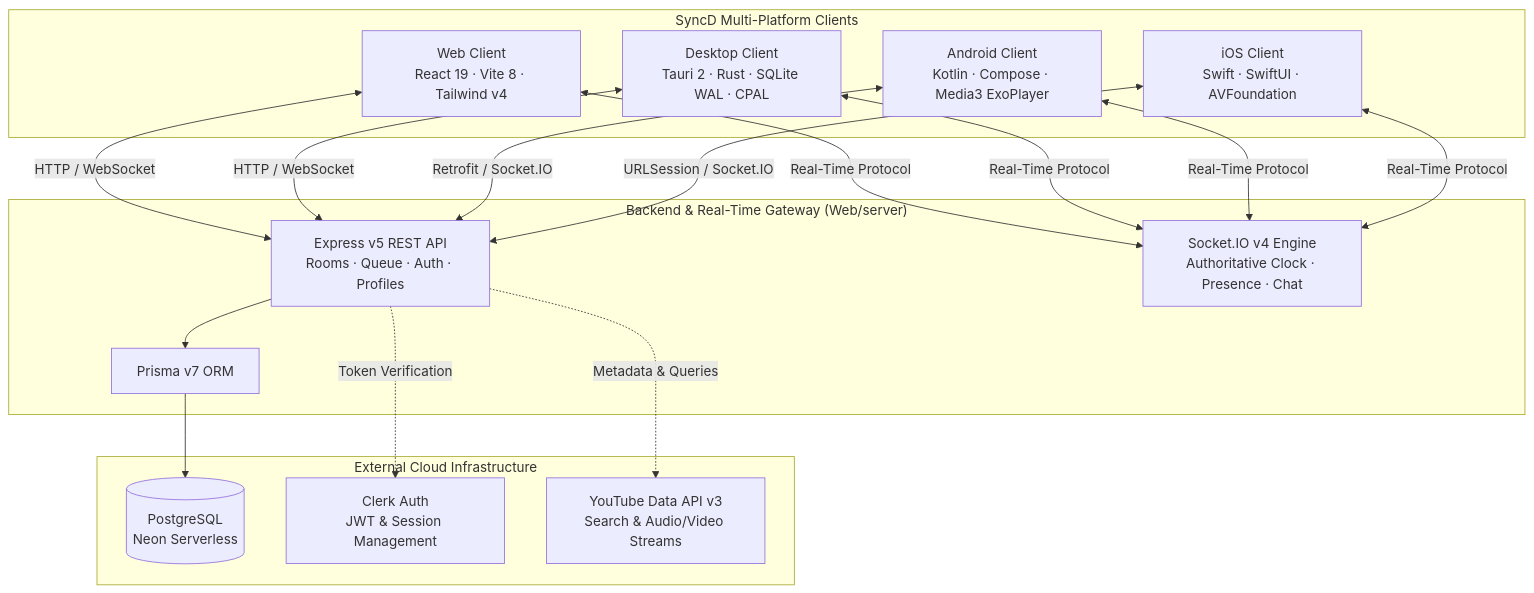
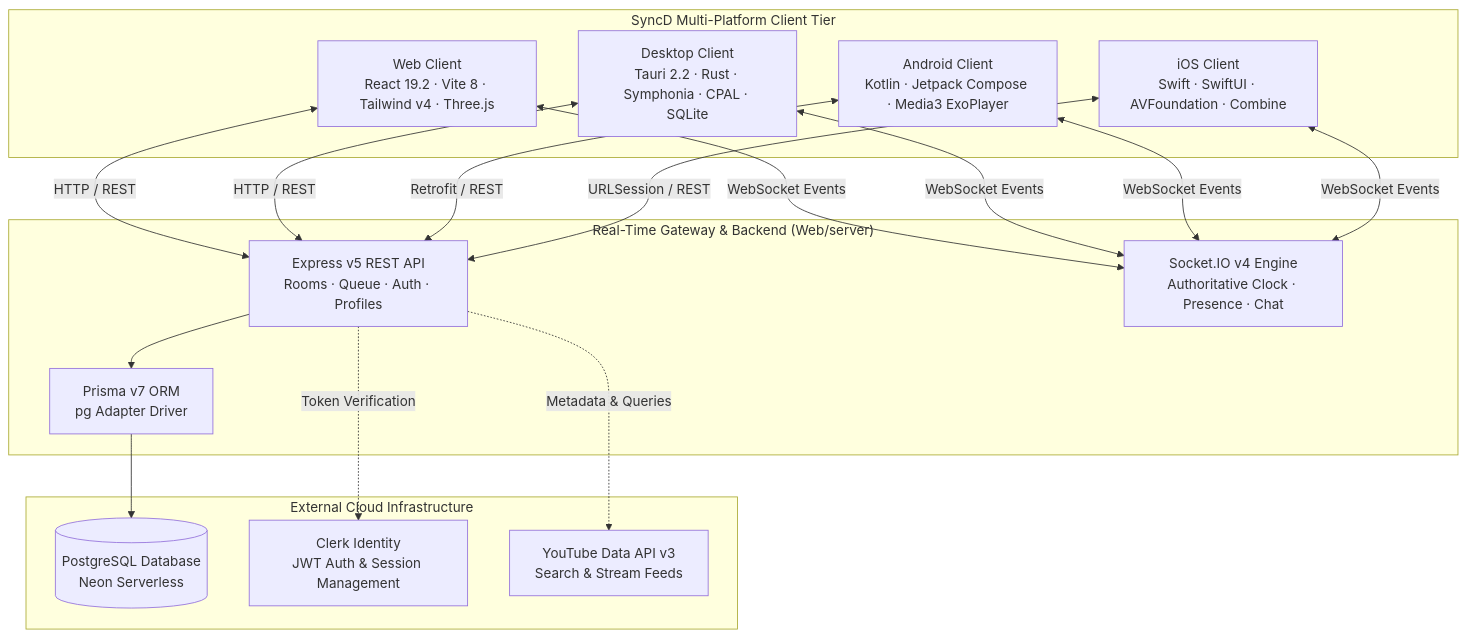
Before and after one commit to Heisenberg300604/Syncd: the first of 2 diagrams in README.md, drawn with Mermaid. The commit also changed other lines of this file and 47 other files, not shown here.

````diff
--- a/README.md
+++ b/README.md
@@ -78,35 +143,35 @@
 ```mermaid
 flowchart TD
-    subgraph Clients["SyncD Multi-Platform Clients"]
-        WEB["Web Client<br/>React 19 · Vite 8 · Tailwind v4"]
-        DESK["Desktop Client<br/>Tauri 2 · Rust · SQLite WAL · CPAL"]
-        AND["Android Client<br/>Kotlin · Compose · Media3 ExoPlayer"]
-        IOS["iOS Client<br/>Swift · SwiftUI · AVFoundation"]
+    subgraph Clients["SyncD Multi-Platform Client Tier"]
+        WEB["Web Client<br/>React 19.2 · Vite 8 · Tailwind v4 · Three.js"]
+        DESK["Desktop Client<br/>Tauri 2.2 · Rust · Symphonia · CPAL · SQLite"]
+        AND["Android Client<br/>Kotlin · Jetpack Compose · Media3 ExoPlayer"]
+        IOS["iOS Client<br/>Swift · SwiftUI · AVFoundation · Combine"]
     end
 
-    subgraph Gateway["Backend & Real-Time Gateway (Web/server)"]
+    subgraph Gateway["Real-Time Gateway & Backend (Web/server)"]
         EXPRESS["Express v5 REST API<br/>Rooms · Queue · Auth · Profiles"]
         SOCKET["Socket.IO v4 Engine<br/>Authoritative Clock · Presence · Chat"]
-        PRISMA["Prisma v7 ORM"]
+        PRISMA["Prisma v7 ORM<br/>pg Adapter Driver"]
     end
 
     subgraph External["External Cloud Infrastructure"]
-        NEON[("PostgreSQL<br/>Neon Serverless")]
-        CLERK["Clerk Auth<br/>JWT & Session Management"]
-        YT["YouTube Data API v3<br/>Search & Audio/Video Streams"]
+        NEON[("PostgreSQL Database<br/>Neon Serverless")]
+        CLERK["Clerk Identity<br/>JWT Auth & Session Management"]
+        YT["YouTube Data API v3<br/>Search & Stream Feeds"]
     end
 
-    WEB <-->|HTTP / WebSocket| EXPRESS
-    WEB <-->|Real-Time Protocol| SOCKET
-    DESK <-->|HTTP / WebSocket| EXPRESS
-    DESK <-->|Real-Time Protocol| SOCKET
-    AND <-->|Retrofit / Socket.IO| EXPRESS
-    AND <-->|Real-Time Protocol| SOCKET
-    IOS <-->|URLSession / Socket.IO| EXPRESS
-    IOS <-->|Real-Time Protocol| SOCKET
+    WEB <-->|HTTP / REST| EXPRESS
+    WEB <-->|WebSocket Events| SOCKET
+    DESK <-->|HTTP / REST| EXPRESS
+    DESK <-->|WebSocket Events| SOCKET
+    AND <-->|Retrofit / REST| EXPRESS
+    AND <-->|WebSocket Events| SOCKET
+    IOS <-->|URLSession / REST| EXPRESS
+    IOS <-->|WebSocket Events| SOCKET
 
     EXPRESS --> PRISMA
     PRISMA --> NEON
     EXPRESS -.->|Token Verification| CLERK
     EXPRESS -.->|Metadata & Queries| YT
 ```
````
